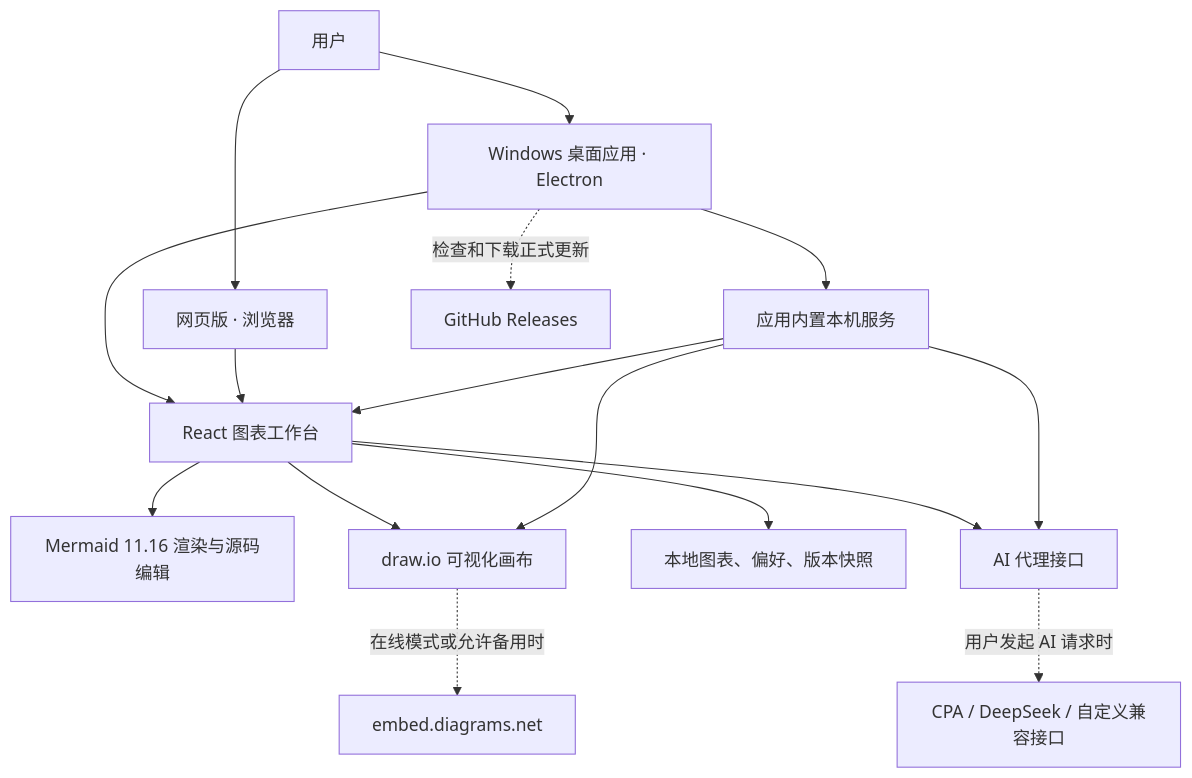
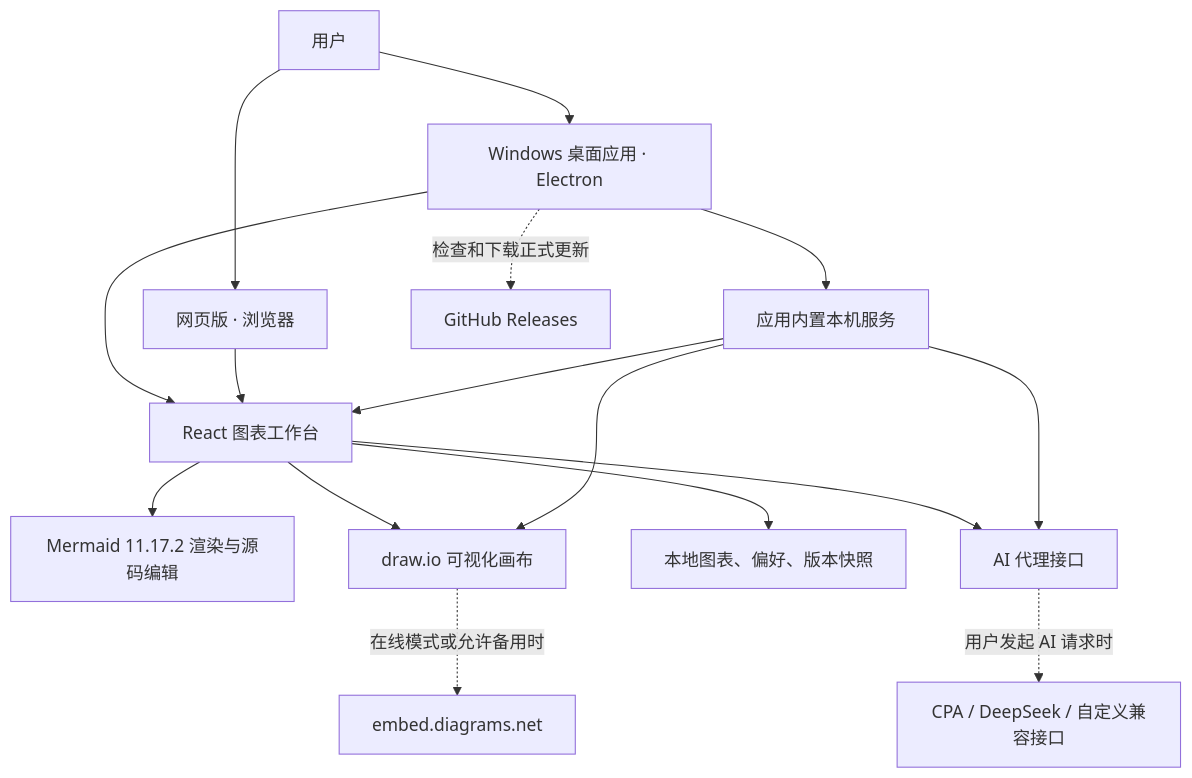
Before and after one commit to Fengsha5201314/Codebuddy_001_mermaid-markmap: the first of 5 diagrams in chart-visualizer/docs/architecture.md, drawn with Mermaid. The commit also changed 56 other files, not shown here.

````diff
--- a/chart-visualizer/docs/architecture.md
+++ b/chart-visualizer/docs/architecture.md
@@ -7,22 +7,22 @@
 ```mermaid
 flowchart TB
     USER["用户"] --> DESKTOP["Windows 桌面应用 · Electron"]
     USER --> WEB["网页版 · 浏览器"]
 
     DESKTOP --> UI["React 图表工作台"]
     WEB --> UI
 
-    UI --> MERMAID["Mermaid 11.16 渲染与源码编辑"]
+    UI --> MERMAID["Mermaid 11.17.2 渲染与源码编辑"]
     UI --> VISUAL["draw.io 可视化画布"]
     UI --> STORE["本地图表、偏好、版本快照"]
     UI --> AIPROXY["AI 代理接口"]
 
     DESKTOP --> LOCALSERVER["应用内置本机服务"]
     LOCALSERVER --> UI
     LOCALSERVER --> VISUAL
     LOCALSERVER --> AIPROXY
 
     AIPROXY -. "用户发起 AI 请求时" .-> PROVIDERS["CPA / DeepSeek / 自定义兼容接口"]
     VISUAL -. "在线模式或允许备用时" .-> DRAWIOONLINE["embed.diagrams.net"]
     DESKTOP -. "检查和下载正式更新" .-> GITHUB["GitHub Releases"]
 ```
````
